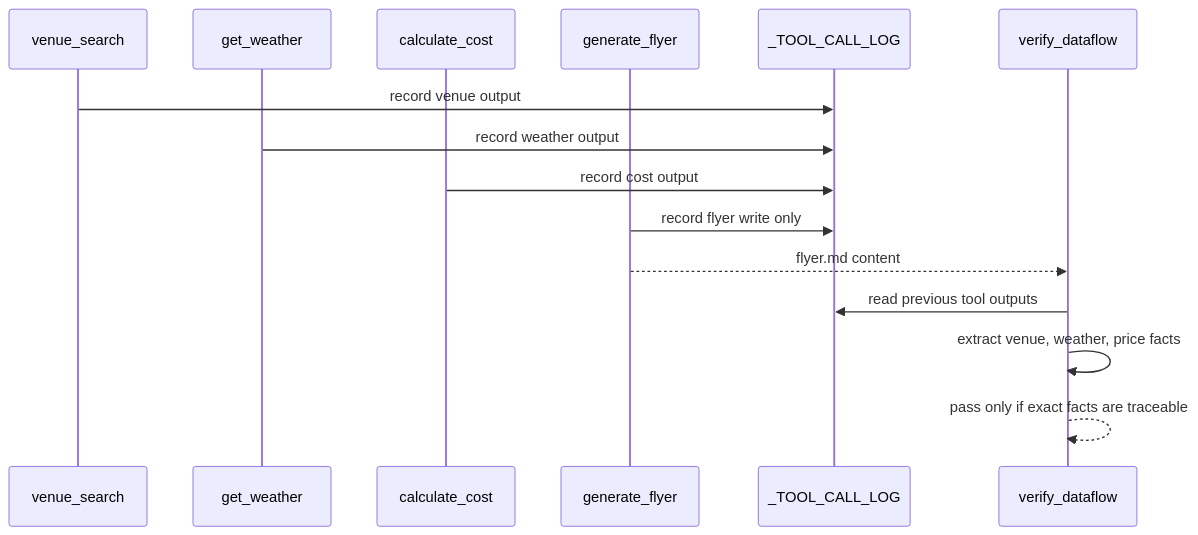
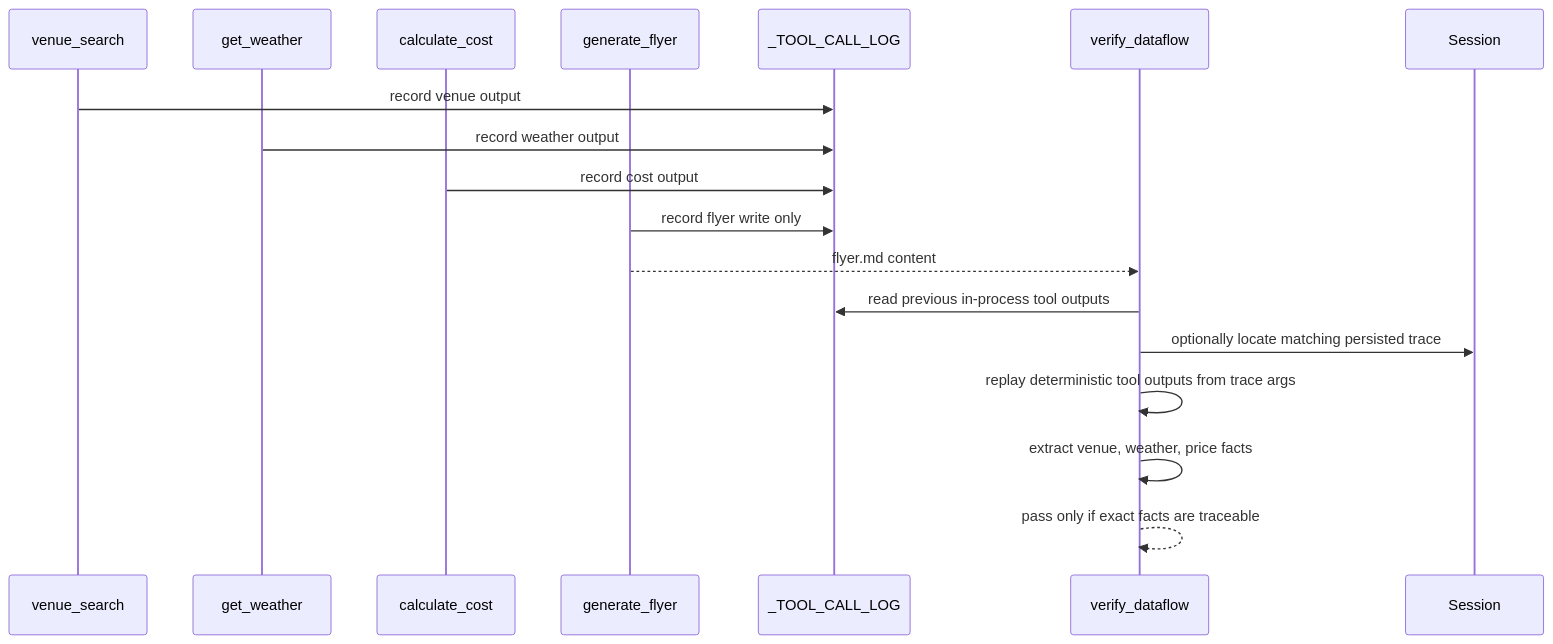
The second of 6 diagrams in docs/architecture/architectural-ideas.md (khab40/homework-pub-booking), drawn with Mermaid before and after one commit. The commit also changed other lines of this file and 121 other files, not shown here.

````diff
--- a/docs/architecture/architectural-ideas.md
+++ b/docs/architecture/architectural-ideas.md
@@ -36,18 +36,20 @@
 ```mermaid
 sequenceDiagram
     participant VenueTool as venue_search
     participant WeatherTool as get_weather
     participant CostTool as calculate_cost
     participant FlyerTool as generate_flyer
     participant Log as _TOOL_CALL_LOG
     participant Verifier as verify_dataflow
 
     VenueTool->>Log: record venue output
     WeatherTool->>Log: record weather output
     CostTool->>Log: record cost output
     FlyerTool->>Log: record flyer write only
     FlyerTool-->>Verifier: flyer.md content
-    Verifier->>Log: read previous tool outputs
+    Verifier->>Log: read previous in-process tool outputs
+    Verifier->>Session: optionally locate matching persisted trace
+    Verifier->>Verifier: replay deterministic tool outputs from trace args
     Verifier->>Verifier: extract venue, weather, price facts
     Verifier-->>Verifier: pass only if exact facts are traceable
 ```
````
